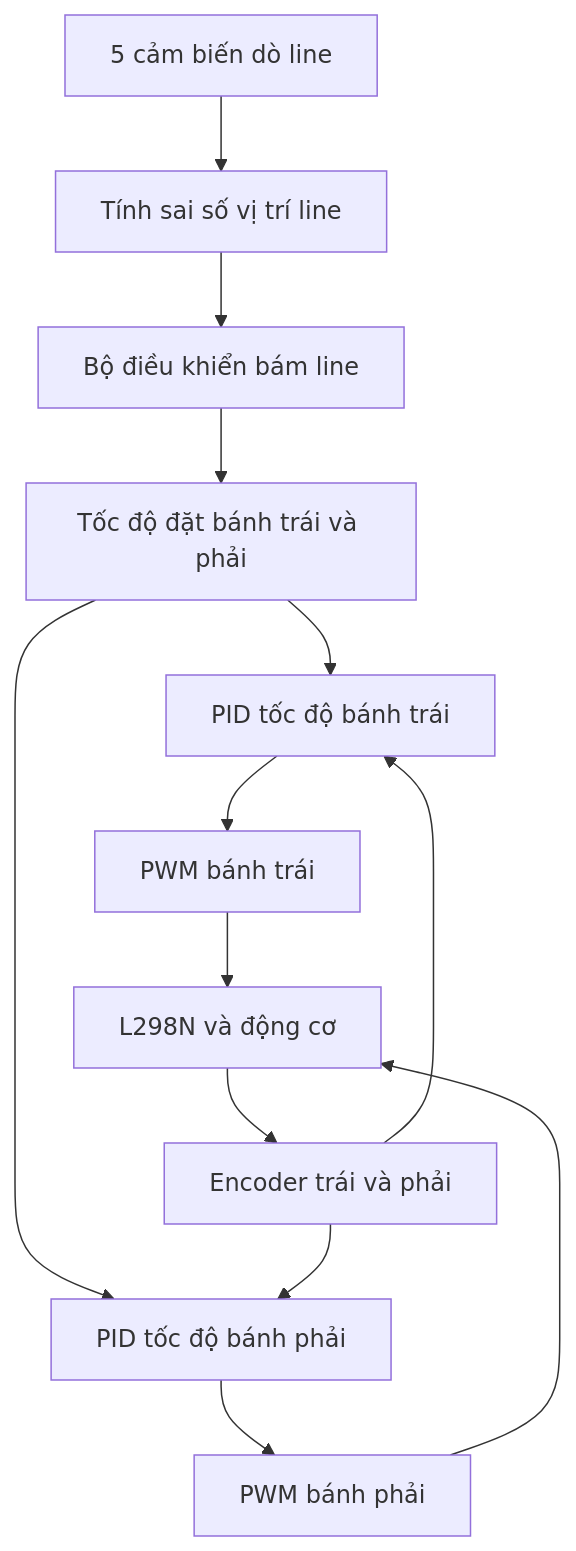
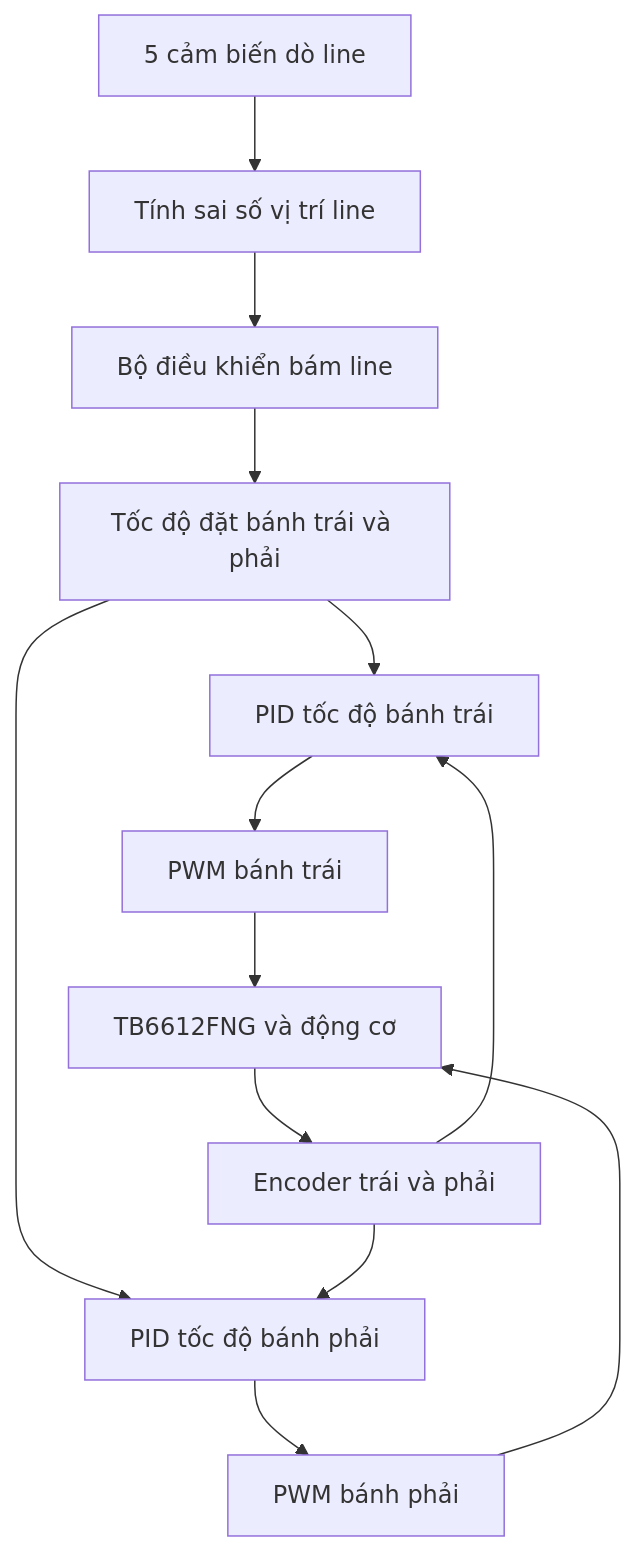
The second of 2 diagrams in docs/robot-esp32/bai-giang/10-pid.md (robovisVN/robovis-manual), drawn with Mermaid before and after one commit. The commit also changed other lines of this file and 16 other files, not shown here.

````diff
--- a/docs/robot-esp32/bai-giang/10-pid.md
+++ b/docs/robot-esp32/bai-giang/10-pid.md
@@ -302,15 +302,15 @@
 ```mermaid
 flowchart TD
     A["5 cảm biến dò line"] --> B["Tính sai số vị trí line"]
     B --> C["Bộ điều khiển bám line"]
     C --> D["Tốc độ đặt bánh trái và phải"]
     D --> E["PID tốc độ bánh trái"]
     D --> F["PID tốc độ bánh phải"]
     E --> G["PWM bánh trái"]
     F --> H["PWM bánh phải"]
-    G --> I["L298N và động cơ"]
+    G --> I["TB6612FNG và động cơ"]
     H --> I
     I --> J["Encoder trái và phải"]
     J --> E
     J --> F
 ```
````
